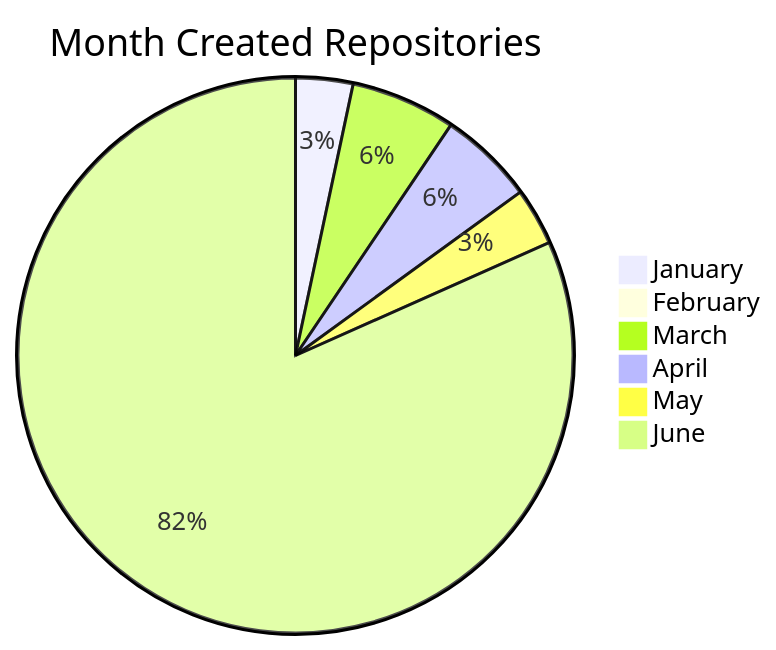
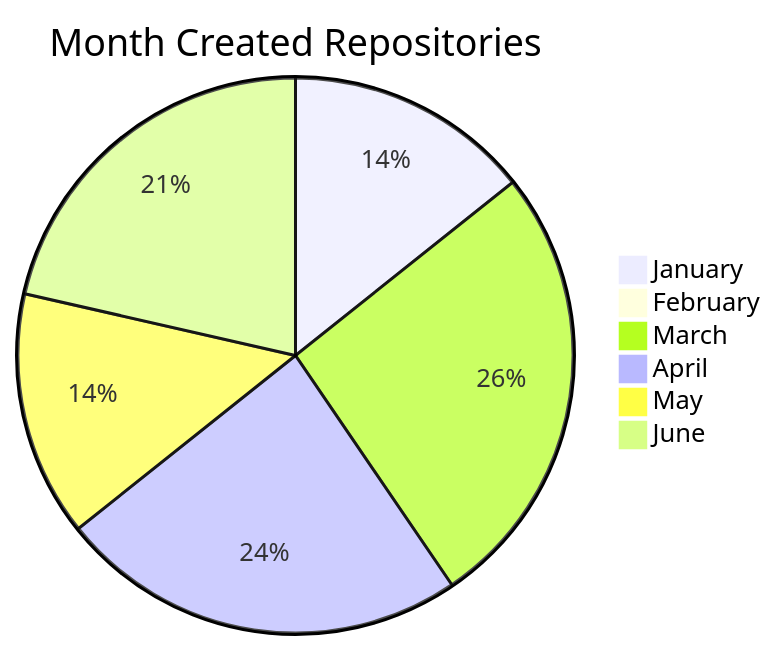
One commit to BackdevHong/WOC changed the second of 2 diagrams in README.md. Above: the diagram before and after it, drawn with Mermaid.

````diff
--- a/README.md
+++ b/README.md
@@ -21,9 +21,9 @@
 ```mermaid
 pie title Month Created Repositories
     "January" : 6
     "February" : 0
     "March" : 11
     "April" : 10
     "May" : 6
-    "June" : 147
+    "June" : 9
 ```
````
